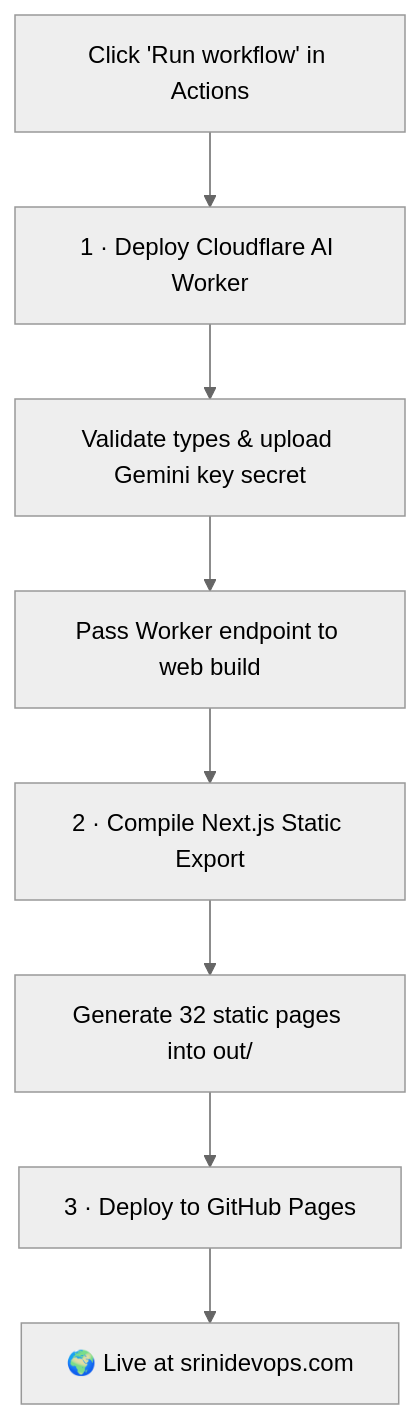
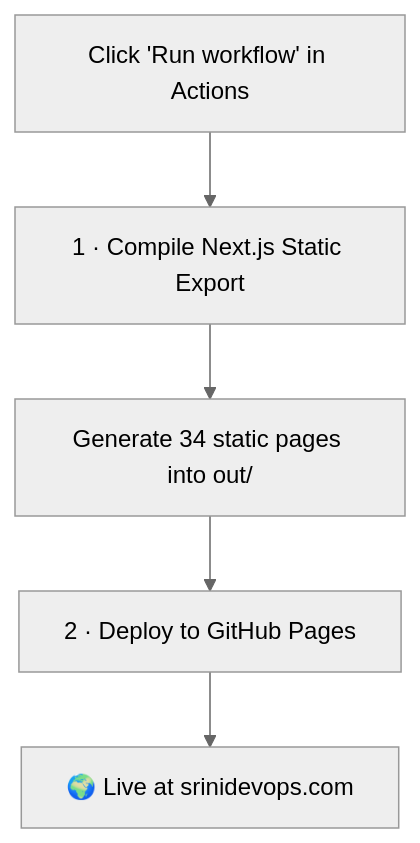
Before and after one commit to Srinivasan-78/srinivasan-78.github.io: the eighth of 8 diagrams in README.md, drawn with Mermaid (neutral theme). The commit also changed other lines of this file and 15 other files, not shown here.

````diff
--- a/README.md
+++ b/README.md
@@ -352,10 +330,7 @@
 ```mermaid
 flowchart TD
-    A["Click 'Run workflow' in Actions"] --> B["1 · Deploy Cloudflare AI Worker"]
-    B --> B1["Validate types & upload Gemini key secret"]
-    B1 --> B2["Pass Worker endpoint to web build"]
-    B2 --> C["2 · Compile Next.js Static Export"]
-    C --> C1["Generate 32 static pages into out/"]
-    C1 --> D["3 · Deploy to GitHub Pages"]
-    D --> E["🌍 Live at srinidevops.com"]
+    A["Click 'Run workflow' in Actions"] --> B["1 · Compile Next.js Static Export"]
+    B --> B1["Generate 34 static pages into out/"]
+    B1 --> C["2 · Deploy to GitHub Pages"]
+    C --> D["🌍 Live at srinidevops.com"]
 ```
````
